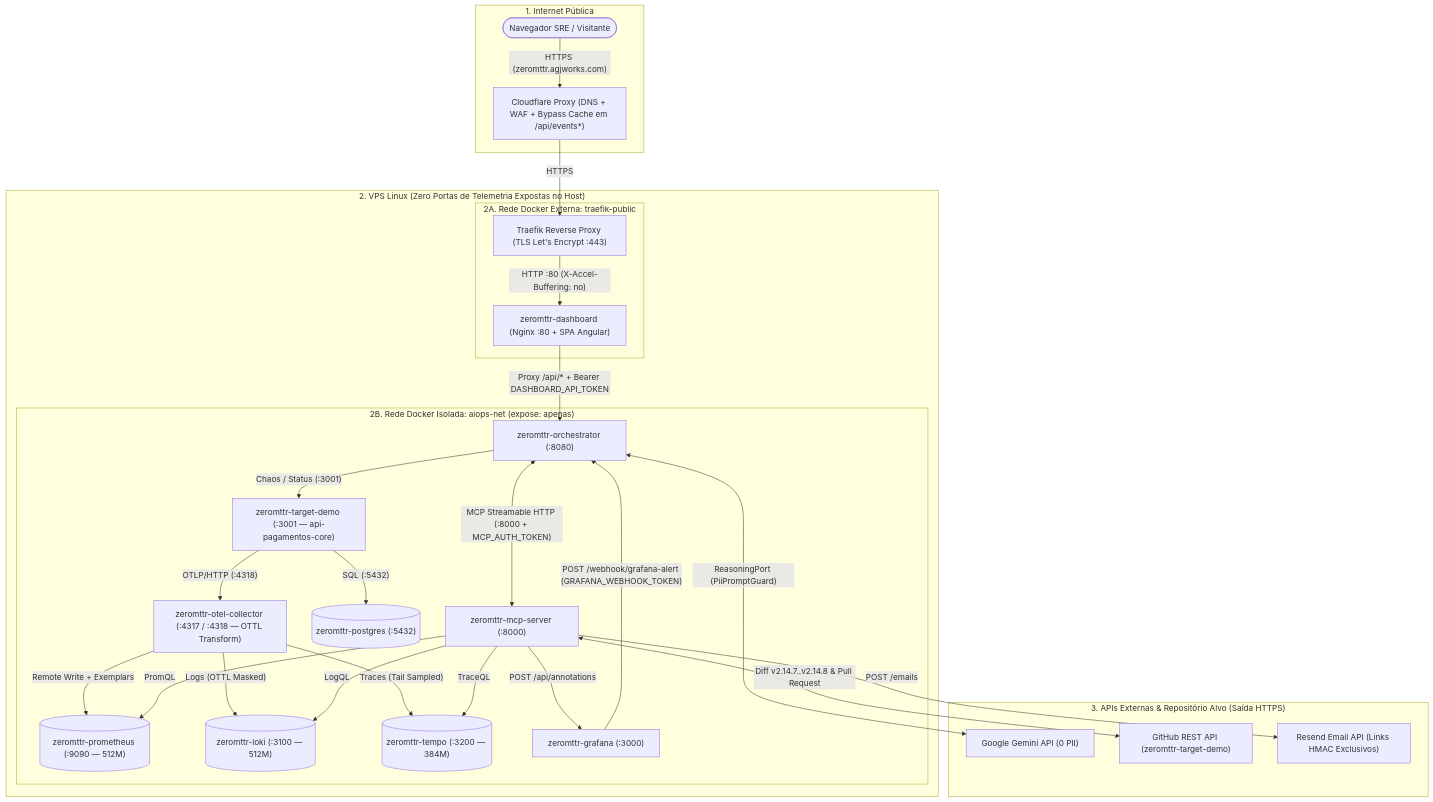
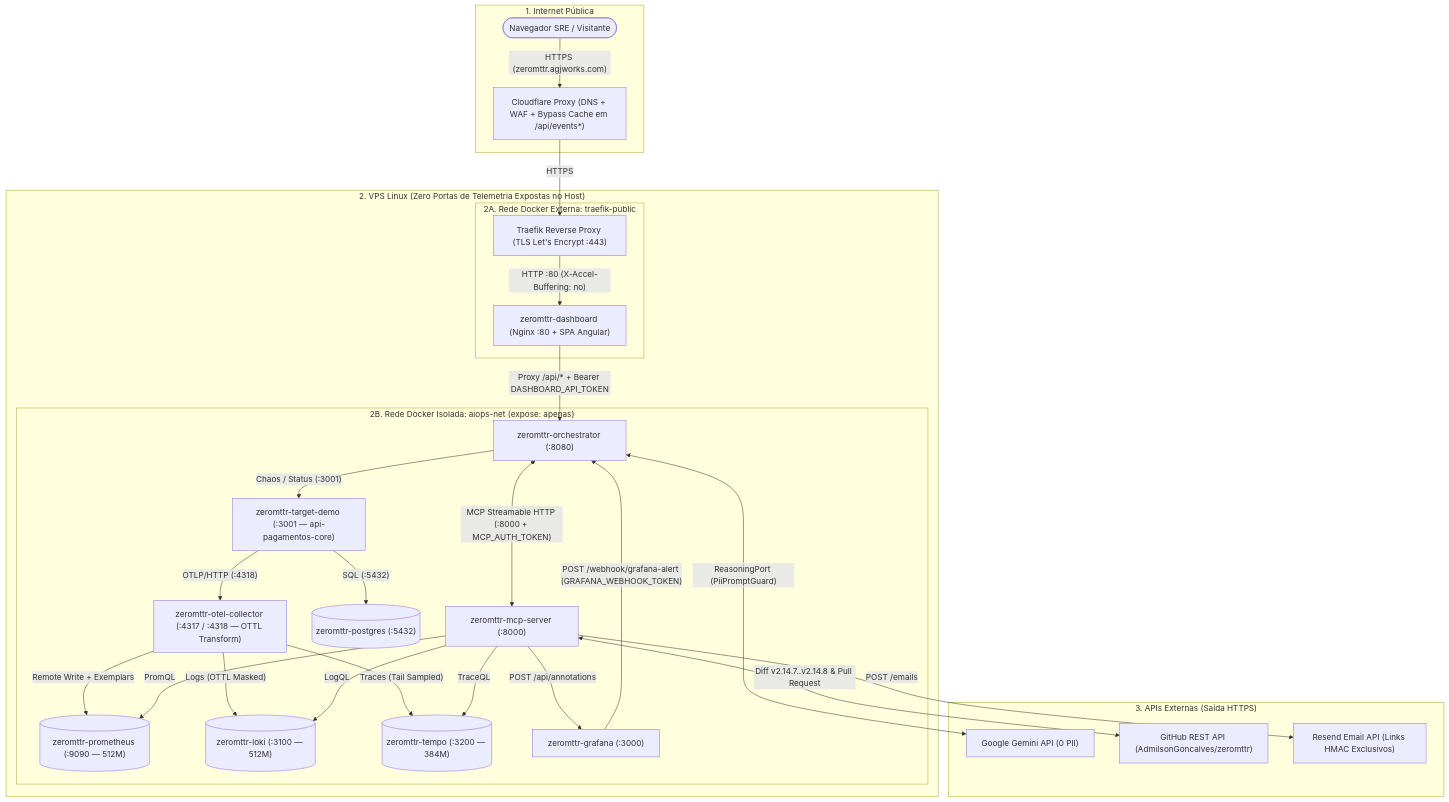
Before and after one commit to AdmilsonGoncalves/zeromttr: the sixth of 6 diagrams in docs/pt-BR/01_system_diagrams.md, drawn with Mermaid. The commit also changed other lines of this file and 10 other files, not shown here.

Commit message:
docs: consolidate single-repo release branch strategy (release/target-v2.14.8) in AdmilsonGoncalves/zeromttr

````diff
--- a/docs/pt-BR/01_system_diagrams.md
+++ b/docs/pt-BR/01_system_diagrams.md
@@ -456,56 +456,56 @@
 ```mermaid
 flowchart TD
     subgraph Internet["1. Internet Pública"]
         USER(["Navegador SRE / Visitante"])
         CF["Cloudflare Proxy (DNS + WAF + Bypass Cache em /api/events*)"]
     end
 
     subgraph VPS["2. VPS Linux (Zero Portas de Telemetria Expostas no Host)"]
         subgraph Rede_Externa["2A. Rede Docker Externa: traefik-public"]
             TRAEFIK["Traefik Reverse Proxy (TLS Let's Encrypt :443)"]
             DASH["zeromttr-dashboard (Nginx :80 + SPA Angular)"]
         end
 
         subgraph Rede_Interna["2B. Rede Docker Isolada: aiops-net (expose: apenas)"]
             ORCH["zeromttr-orchestrator (:8080)"]
             MCP["zeromttr-mcp-server (:8000)"]
             DEMO["zeromttr-target-demo (:3001 — api-pagamentos-core)"]
             PG[("zeromttr-postgres (:5432)")]
             OTEL["zeromttr-otel-collector (:4317 / :4318 — OTTL Transform)"]
             PROM[("zeromttr-prometheus (:9090 — 512M)")]
             LOKI[("zeromttr-loki (:3100 — 512M)")]
             TEMPO[("zeromttr-tempo (:3200 — 384M)")]
             GRAF["zeromttr-grafana (:3000)"]
         end
     end
 
-    subgraph Cloud_APIs["3. APIs Externas & Repositório Alvo (Saída HTTPS)"]
+    subgraph Cloud_APIs["3. APIs Externas (Saída HTTPS)"]
         GEMINI["Google Gemini API (0 PII)"]
-        GITHUB["GitHub REST API (zeromttr-target-demo)"]
+        GITHUB["GitHub REST API (AdmilsonGoncalves/zeromttr)"]
         RESEND["Resend Email API (Links HMAC Exclusivos)"]
     end
 
     USER -->|"HTTPS (zeromttr.agjworks.com)"| CF
     CF -->|"HTTPS"| TRAEFIK
     TRAEFIK -->|"HTTP :80 (X-Accel-Buffering: no)"| DASH
     DASH -->|"Proxy /api/* + Bearer DASHBOARD_API_TOKEN"| ORCH
 
     ORCH <-->|"MCP Streamable HTTP (:8000 + MCP_AUTH_TOKEN)"| MCP
     ORCH -->|"Chaos / Status (:3001)"| DEMO
     ORCH <-->|"ReasoningPort (PiiPromptGuard)"| GEMINI
     GRAF -->|"POST /webhook/grafana-alert (GRAFANA_WEBHOOK_TOKEN)"| ORCH
 
     DEMO -->|"SQL (:5432)"| PG
     DEMO -->|"OTLP/HTTP (:4318)"| OTEL
 
     OTEL -->|"Remote Write + Exemplars"| PROM
     OTEL -->|"Logs (OTTL Masked)"| LOKI
     OTEL -->|"Traces (Tail Sampled)"| TEMPO
 
     MCP -->|"PromQL"| PROM
     MCP -->|"LogQL"| LOKI
     MCP -->|"TraceQL"| TEMPO
     MCP -->|"POST /api/annotations"| GRAF
     MCP <-->|"Diff v2.14.7..v2.14.8 & Pull Request"| GITHUB
     MCP -->|"POST /emails"| RESEND
 ```
````
